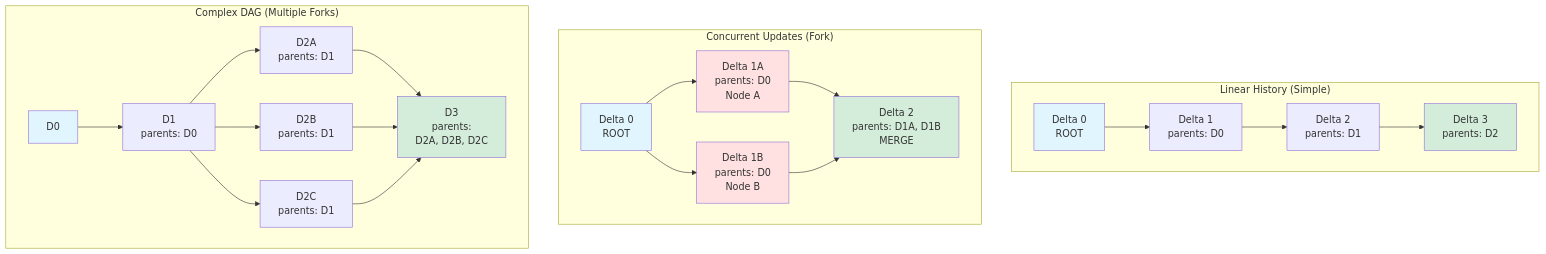
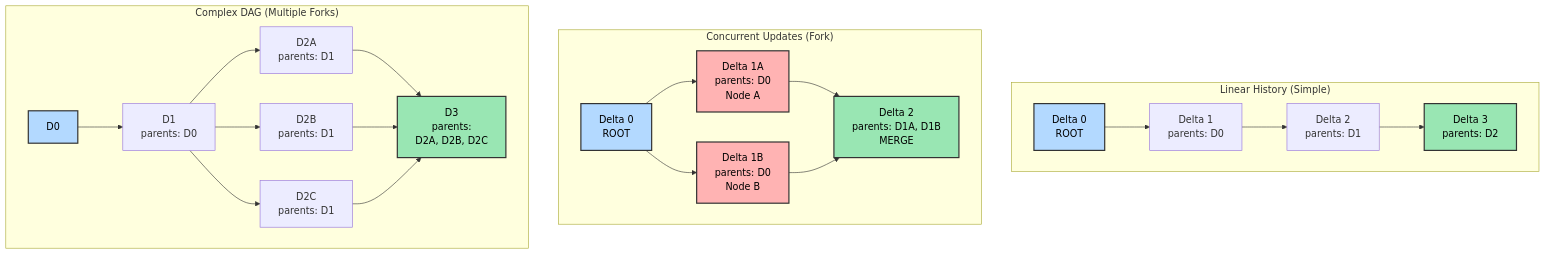
One commit to calimero-network/core changed the first of 7 diagrams in crates/dag/README.md. Above: the diagram before and after it, drawn with Mermaid. The commit also changed other lines of this file and 4 other files, not shown here.

First line of the commit message:
fix(docs): improve mermaid diagram accessibility and fix parsing errors

````diff
--- a/crates/dag/README.md
+++ b/crates/dag/README.md
@@ -21,49 +21,49 @@
 ```mermaid
 graph TB
     subgraph "Linear History (Simple)"
         L0[Delta 0<br/>ROOT]
         L1[Delta 1<br/>parents: D0]
         L2[Delta 2<br/>parents: D1]
         L3[Delta 3<br/>parents: D2]
         
         L0 --> L1 --> L2 --> L3
     end
     
     subgraph "Concurrent Updates (Fork)"
         F0[Delta 0<br/>ROOT]
         F1A[Delta 1A<br/>parents: D0<br/>Node A]
         F1B[Delta 1B<br/>parents: D0<br/>Node B]
         F2[Delta 2<br/>parents: D1A, D1B<br/>MERGE]
         
         F0 --> F1A
         F0 --> F1B
         F1A --> F2
         F1B --> F2
     end
     
     subgraph "Complex DAG (Multiple Forks)"
         C0[D0]
         C1[D1<br/>parents: D0]
         C2A[D2A<br/>parents: D1]
         C2B[D2B<br/>parents: D1]
         C2C[D2C<br/>parents: D1]
         C3[D3<br/>parents:<br/>D2A, D2B, D2C]
         
         C0 --> C1
         C1 --> C2A
         C1 --> C2B
         C1 --> C2C
         C2A --> C3
         C2B --> C3
         C2C --> C3
     end
     
-    style L0 fill:#e1f5ff
-    style L3 fill:#d4edda
-    style F0 fill:#e1f5ff
-    style F1A fill:#ffe1e1
-    style F1B fill:#ffe1e1
-    style F2 fill:#d4edda
-    style C0 fill:#e1f5ff
-    style C3 fill:#d4edda
+    style L0 fill:#b3d9ff,stroke:#333,stroke-width:2px,color:#000
+    style L3 fill:#99e6b3,stroke:#333,stroke-width:2px,color:#000
+    style F0 fill:#b3d9ff,stroke:#333,stroke-width:2px,color:#000
+    style F1A fill:#ffb3b3,stroke:#333,stroke-width:2px,color:#000
+    style F1B fill:#ffb3b3,stroke:#333,stroke-width:2px,color:#000
+    style F2 fill:#99e6b3,stroke:#333,stroke-width:2px,color:#000
+    style C0 fill:#b3d9ff,stroke:#333,stroke-width:2px,color:#000
+    style C3 fill:#99e6b3,stroke:#333,stroke-width:2px,color:#000
 ```
````
